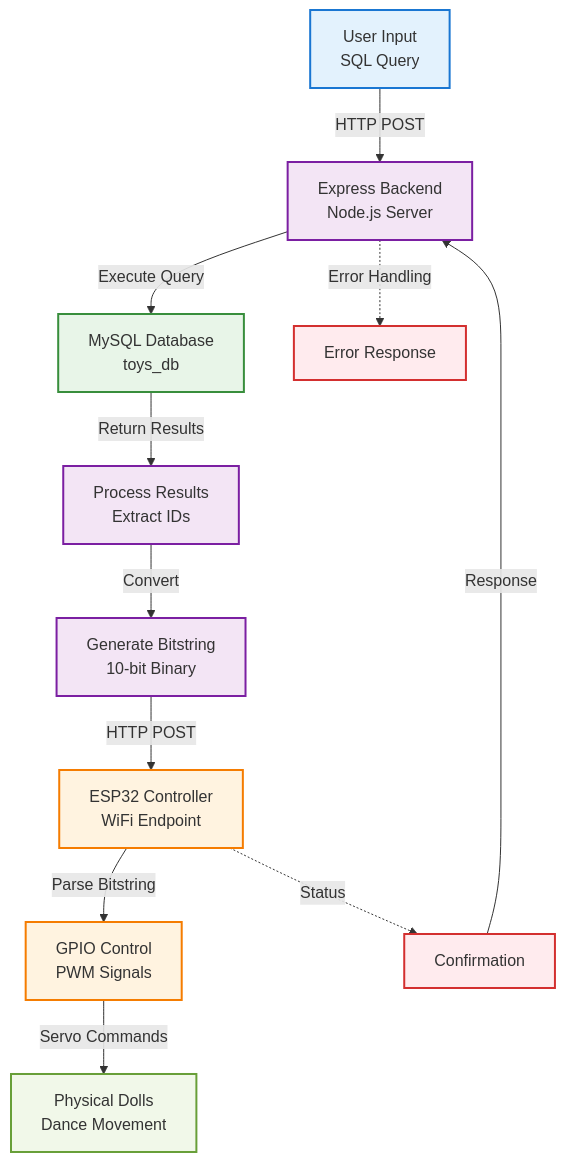
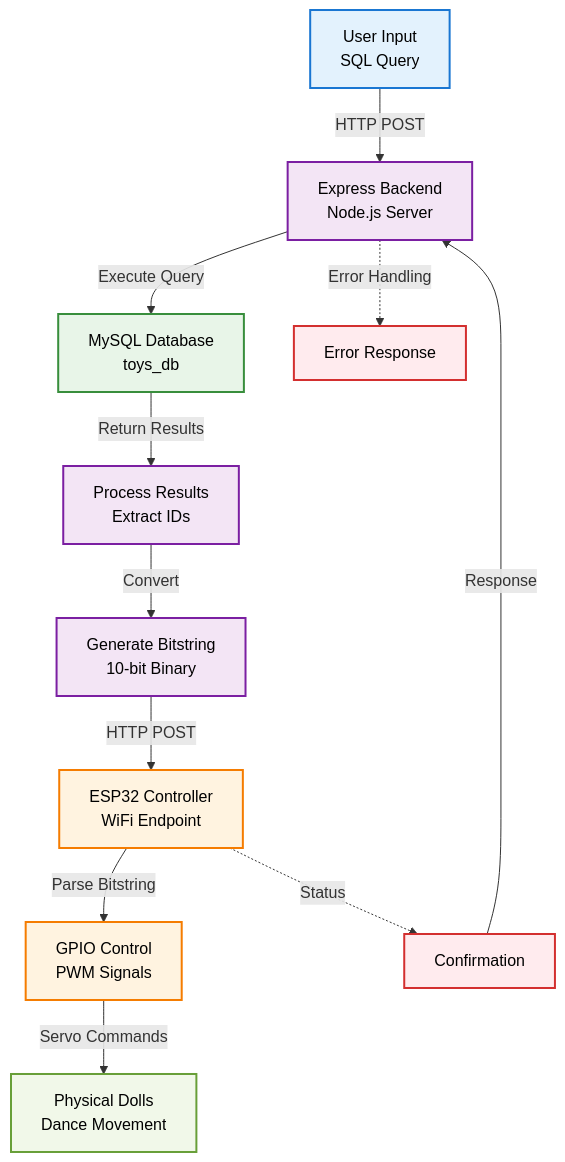
One commit to Nithyaganesh43/Query2Dance changed the diagram in README.md. Above: the diagram before and after it, drawn with Mermaid.

````diff
--- a/README.md
+++ b/README.md
@@ -7,29 +7,29 @@
 ```mermaid
 graph TD
     A[User Input<br/>SQL Query] -->|HTTP POST| B[Express Backend<br/>Node.js Server]
     B -->|Execute Query| C[MySQL Database<br/>toys_db]
     C -->|Return Results| D[Process Results<br/>Extract IDs]
     D -->|Convert| E[Generate Bitstring<br/>10-bit Binary]
     E -->|HTTP POST| F[ESP32 Controller<br/>WiFi Endpoint]
     F -->|Parse Bitstring| G[GPIO Control<br/>PWM Signals]
     G -->|Servo Commands| H[Physical Dolls<br/>Dance Movement]
     
     B -.->|Error Handling| I[Error Response]
     F -.->|Status| J[Confirmation]
     J -->|Response| B
     
-    classDef input fill:#e3f2fd,stroke:#1976d2,stroke-width:2px
-    classDef backend fill:#f3e5f5,stroke:#7b1fa2,stroke-width:2px
-    classDef database fill:#e8f5e8,stroke:#388e3c,stroke-width:2px
-    classDef processing fill:#fff3e0,stroke:#f57c00,stroke-width:2px
-    classDef hardware fill:#fce4ec,stroke:#c2185b,stroke-width:2px
-    classDef physical fill:#f1f8e9,stroke:#689f38,stroke-width:2px
-    classDef error fill:#ffebee,stroke:#d32f2f,stroke-width:2px
+    classDef input fill:#e3f2fd,stroke:#1976d2,stroke-width:2px,color:#000000
+    classDef backend fill:#f3e5f5,stroke:#7b1fa2,stroke-width:2px,color:#000000
+    classDef database fill:#e8f5e8,stroke:#388e3c,stroke-width:2px,color:#000000
+    classDef processing fill:#fff3e0,stroke:#f57c00,stroke-width:2px,color:#000000
+    classDef hardware fill:#fce4ec,stroke:#c2185b,stroke-width:2px,color:#000000
+    classDef physical fill:#f1f8e9,stroke:#689f38,stroke-width:2px,color:#000000
+    classDef error fill:#ffebee,stroke:#d32f2f,stroke-width:2px,color:#000000
     
     class A input
     class B,D,E backend
     class C database
     class F,G processing
     class H physical
     class I,J error
 ```
````
